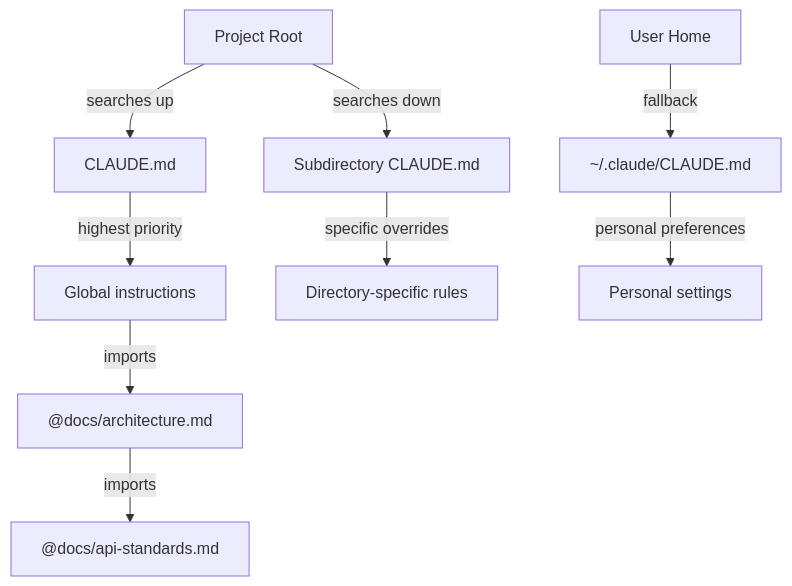
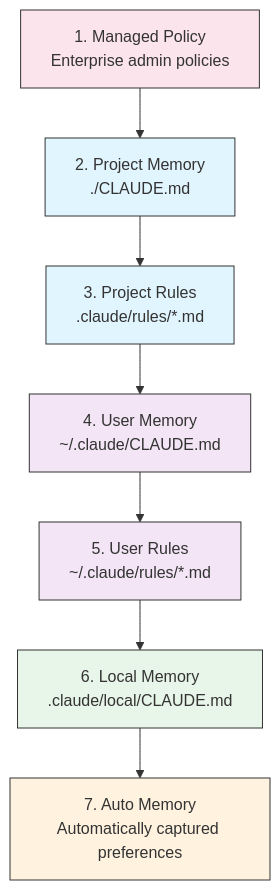
One commit to omnimasudo/croft-howto changed the ninth of 31 diagrams in claude_concepts_guide.md. Above: the diagram before and after it, drawn with Mermaid. The commit also changed other lines of this file and 25 other files, not shown here.

````diff
--- a/claude_concepts_guide.md
+++ b/claude_concepts_guide.md
@@ -562,12 +564,17 @@
 ```mermaid
 graph TD
-    A["Project Root"] -->|searches up| B["CLAUDE.md"]
-    B -->|highest priority| B1["Global instructions"]
-    A -->|searches down| C["Subdirectory CLAUDE.md"]
-    C -->|specific overrides| C1["Directory-specific rules"]
-    H["User Home"] -->|fallback| D["~/.claude/CLAUDE.md"]
-    D -->|personal preferences| D1["Personal settings"]
+    A["1. Managed Policy<br/>Enterprise admin policies"] --> B["2. Project Memory<br/>./CLAUDE.md"]
+    B --> C["3. Project Rules<br/>.claude/rules/*.md"]
+    C --> D["4. User Memory<br/>~/.claude/CLAUDE.md"]
+    D --> E["5. User Rules<br/>~/.claude/rules/*.md"]
+    E --> F["6. Local Memory<br/>.claude/local/CLAUDE.md"]
+    F --> G["7. Auto Memory<br/>Automatically captured preferences"]
 
-    B1 -->|imports| E["@docs/architecture.md"]
-    E -->|imports| F["@docs/api-standards.md"]
+    style A fill:#fce4ec,stroke:#333,color:#333
+    style B fill:#e1f5fe,stroke:#333,color:#333
+    style C fill:#e1f5fe,stroke:#333,color:#333
+    style D fill:#f3e5f5,stroke:#333,color:#333
+    style E fill:#f3e5f5,stroke:#333,color:#333
+    style F fill:#e8f5e9,stroke:#333,color:#333
+    style G fill:#fff3e0,stroke:#333,color:#333
 ```
````
